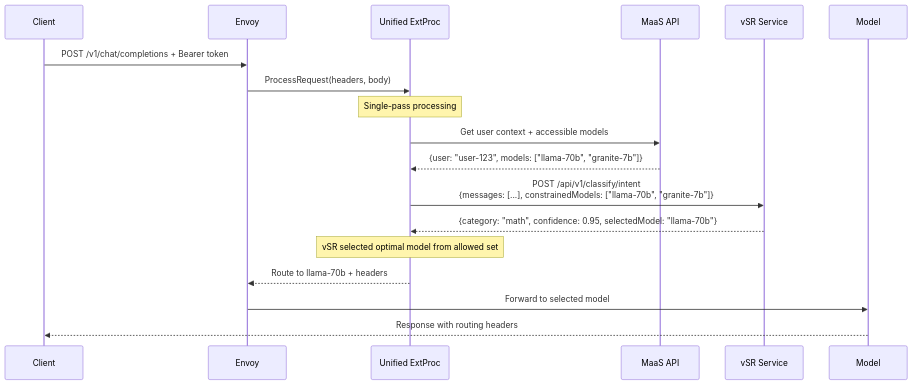
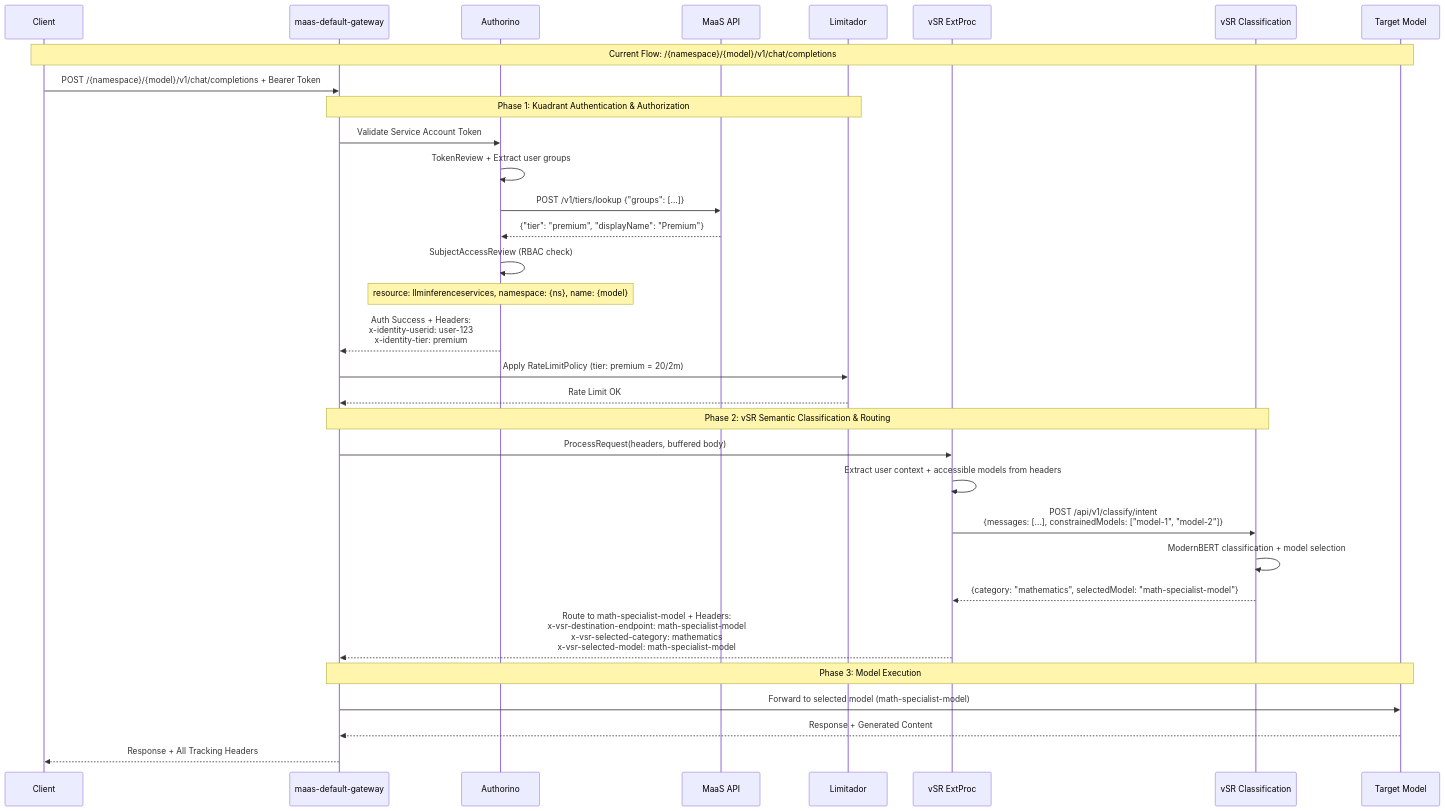
The second of 2 diagrams in docs/designs/vSR-Integration/README.md (noyitz/maas-billing), drawn with Mermaid before and after one commit. The commit also changed other lines of this file, not shown here.

````diff
--- a/docs/designs/vSR-Integration/README.md
+++ b/docs/designs/vSR-Integration/README.md
@@ -51,25 +80,39 @@
 ```mermaid
 sequenceDiagram
     participant Client
-    participant Envoy
-    participant ExtProc as Unified ExtProc
-    participant MaaS as MaaS API
-    participant vSR as vSR Service
-    participant Model
+    participant Gateway as maas-default-gateway
+    participant Authorino
+    participant MaaSAPI as MaaS API
+    participant Limitador
+    participant VSRExtProc as vSR ExtProc
+    participant VSRService as vSR Classification
+    participant Model as Target Model
     
-    Client->>Envoy: POST /v1/chat/completions + Bearer token
-    Envoy->>ExtProc: ProcessRequest(headers, body)
+    Note over Client,Model: Current Flow: /{namespace}/{model}/v1/chat/completions
+    Client->>Gateway: POST /{namespace}/{model}/v1/chat/completions + Bearer Token
     
-    Note over ExtProc: Single-pass processing
-    ExtProc->>MaaS: Get user context + accessible models
-    MaaS-->>ExtProc: {user: "user-123", models: ["llama-70b", "granite-7b"]}
+    Note over Gateway,Limitador: Phase 1: Kuadrant Authentication & Authorization
+    Gateway->>Authorino: Validate Service Account Token
+    Authorino->>Authorino: TokenReview + Extract user groups
+    Authorino->>MaaSAPI: POST /v1/tiers/lookup {"groups": [...]}
+    MaaSAPI-->>Authorino: {"tier": "premium", "displayName": "Premium"}
+    Authorino->>Authorino: SubjectAccessReview (RBAC check)
+    Note over Authorino: resource: llminferenceservices, namespace: {ns}, name: {model}
+    Authorino-->>Gateway: Auth Success + Headers:<br/>x-identity-userid: user-123<br/>x-identity-tier: premium
     
-    ExtProc->>vSR: POST /api/v1/classify/intent<br/>{messages: [...], constrainedModels: ["llama-70b", "granite-7b"]}
-    vSR-->>ExtProc: {category: "math", confidence: 0.95, selectedModel: "llama-70b"}
+    Gateway->>Limitador: Apply RateLimitPolicy (tier: premium = 20/2m)  
+    Limitador-->>Gateway: Rate Limit OK
     
-    Note over ExtProc: vSR selected optimal model from allowed set
-    ExtProc-->>Envoy: Route to llama-70b + headers
+    Note over Gateway,VSRService: Phase 2: vSR Semantic Classification & Routing
+    Gateway->>VSRExtProc: ProcessRequest(headers, buffered body)
+    VSRExtProc->>VSRExtProc: Extract user context + accessible models from headers
+    VSRExtProc->>VSRService: POST /api/v1/classify/intent<br/>{messages: [...], constrainedModels: ["model-1", "model-2"]}
+    VSRService->>VSRService: ModernBERT classification + model selection
+    VSRService-->>VSRExtProc: {category: "mathematics", selectedModel: "math-specialist-model"}
+    VSRExtProc-->>Gateway: Route to math-specialist-model + Headers:<br/>x-vsr-destination-endpoint: math-specialist-model<br/>x-vsr-selected-category: mathematics<br/>x-vsr-selected-model: math-specialist-model
     
-    Envoy->>Model: Forward to selected model
-    Model-->>Client: Response with routing headers
+    Note over Gateway,Model: Phase 3: Model Execution
+    Gateway->>Model: Forward to selected model (math-specialist-model)
+    Model-->>Gateway: Response + Generated Content
+    Gateway-->>Client: Response + All Tracking Headers
 ```
````
